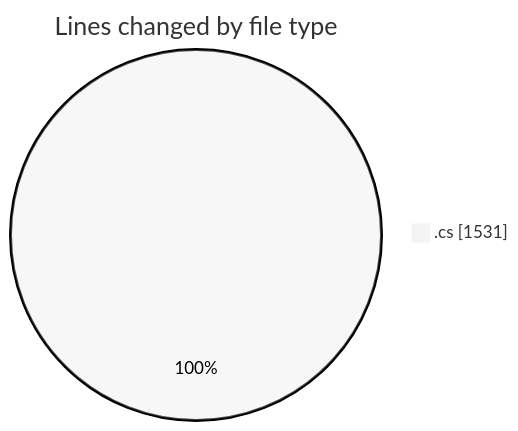
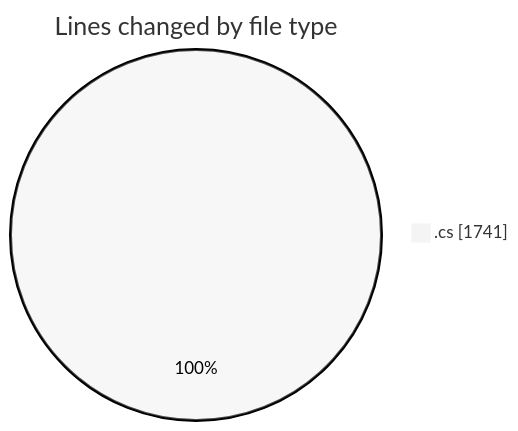
Before and after one commit to Netris89/code-tracking: the first of 2 diagrams in 2025-03-26/back-end/README.md, drawn with Mermaid (neutral theme). The commit also changed other lines of this file and 1 other file, not shown here.

````diff
--- a/2025-03-26/back-end/README.md
+++ b/2025-03-26/back-end/README.md
@@ -32,5 +33,5 @@
 ```mermaid
 pie showData
 title Lines changed by file type
-".cs" : 1531
+".cs" : 1741
 ```
````
